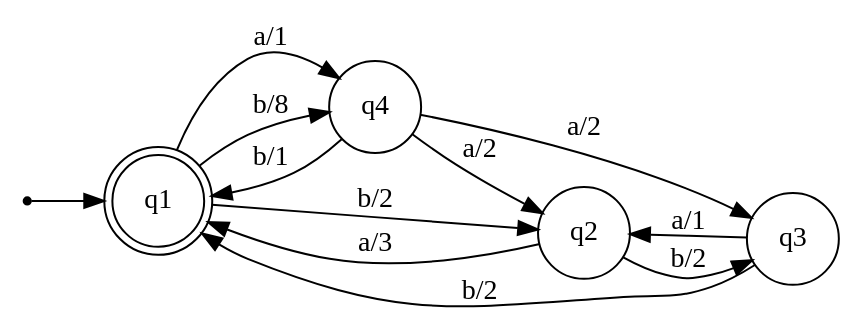
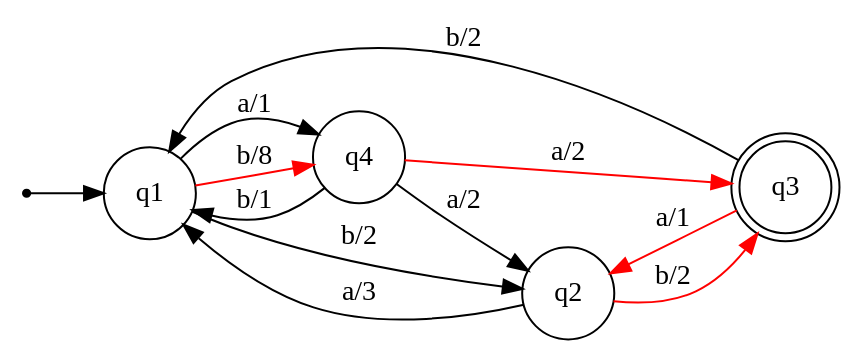
One commit to zenAndroid/oracle-extract changed the diagram in input.dot. Above: the diagram before and after it, drawn with Graphviz. The commit also changed 5 other files, not shown here.

```diff
--- a/input.dot
+++ b/input.dot
@@ -1,17 +1,17 @@
 digraph Automaton {
     node [shape=point] INIT;
-    q1 [shape="doublecircle"];
+    q3 [shape="doublecircle"];
     node [shape=circle];
     rankdir = LR;
     INIT -> q1;
     q1 -> q2 [label="b/2"];
     q1 -> q4 [label="a/1"];
-    q1 -> q4 [label="b/8"];
+    q1 -> q4 [label="b/8", color=red];
     q2 -> q1 [label="a/3"];
-    q2 -> q3 [label="b/2"];
-    q3 -> q2 [label="a/1"];
+    q2 -> q3 [label="b/2", color=red];
+    q3 -> q2 [label="a/1", color=red];
     q3 -> q1 [label="b/2"];
     q4 -> q1 [label="b/1"];
-    q4 -> q3 [label="a/2"];
+    q4 -> q3 [label="a/2", color=red];
     q4 -> q2 [label="a/2"];
 }
```
